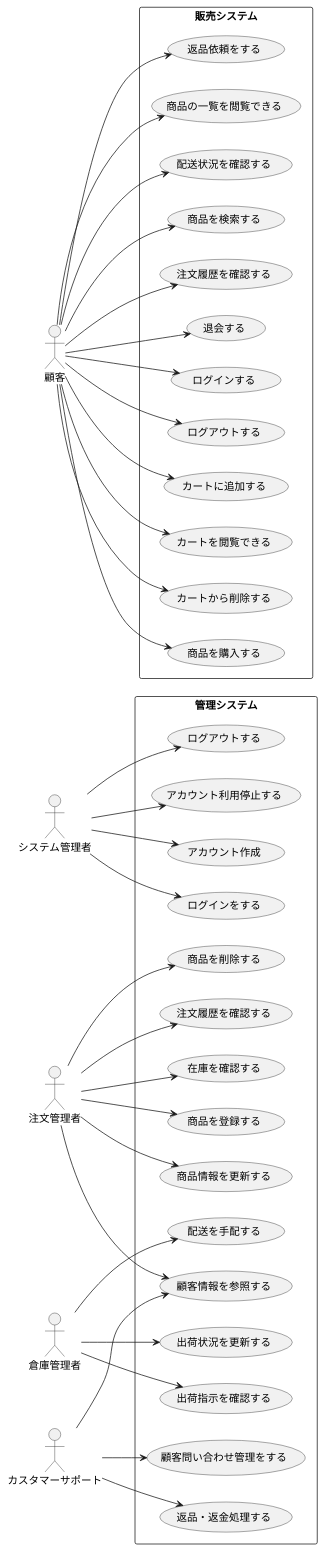
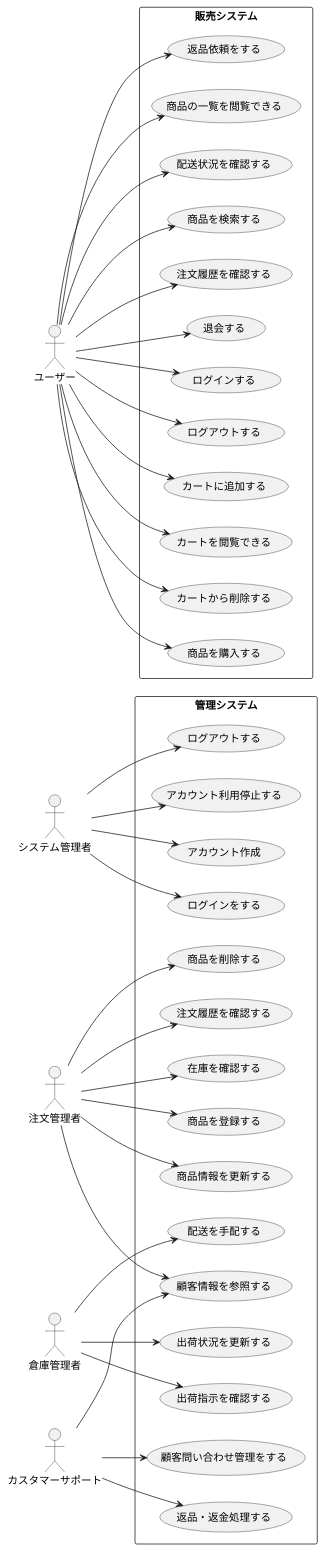
One commit to tagamiren/ohara_uml changed the diagram in group/BBshop/usecase 4.pu. Above: the diagram before and after it, drawn with PlantUML. The commit also changed 1 other file, not shown here.

```diff
--- a/group/BBshop/usecase 4.pu
+++ b/group/BBshop/usecase 4.pu
@@ -1,89 +1,89 @@
 @startuml BBショップユースケース図 
 left to right direction 
 
 actor システム管理者 as S
 actor 注文管理者 as M 
 actor 倉庫管理者 as D
 actor カスタマーサポート as C
 
-actor 顧客 as U
+actor ユーザー as U
 
 
 
 
 rectangle  管理システム{ 
   usecase "ログインをする" as UC1
   usecase "ログアウトする" as UC2
   usecase "在庫を確認する" as UC3
   usecase "返品・返金処理する" as UC4
   usecase "顧客問い合わせ管理をする" as UC5
   usecase "商品を登録する" as UC6
   usecase "商品情報を更新する" as UC7
   usecase "商品を削除する" as UC8
   usecase "注文履歴を確認する" as UC9
   usecase "顧客情報を参照する" as UC10
   usecase "出荷指示を確認する" as UC11
   usecase "配送を手配する" as UC12
   usecase "出荷状況を更新する" as UC13
   usecase "アカウント利用停止する" as UC14
   usecase "アカウント作成" as UC27
 
 }  
 
 
 rectangle 販売システム {  
   usecase "ログインする" as UC15
   usecase "ログアウトする" as UC16
   usecase "カートに追加する" as UC17
   usecase "カートを閲覧できる" as UC18
   usecase "カートから削除する" as UC19
   usecase "商品を購入する" as UC20
   usecase "返品依頼をする" as UC21    
   usecase "商品の一覧を閲覧できる" as UC22
   usecase "配送状況を確認する" as UC23
   usecase "商品を検索する" as UC24
   usecase "注文履歴を確認する" as UC25
   usecase "退会する" as UC26
 
 }  
 
 
 
 
 S --> UC1
 S --> UC2
 S --> UC14
 S --> UC27
 
 
 M --> UC3
 M --> UC6
 M --> UC7
 M --> UC8
 M --> UC9
 M --> UC10
 
 
 
 D --> UC11
 D --> UC12
 D --> UC13
 
 C --> UC4
 C --> UC5
 C --> UC10
 
 U --> UC15
 U --> UC16
 U --> UC17
 U --> UC18
 U --> UC19
 U --> UC20
 U --> UC21
 U --> UC22
 U --> UC23
 U --> UC24
 U --> UC25
 U --> UC26
 
 @enduml
```
